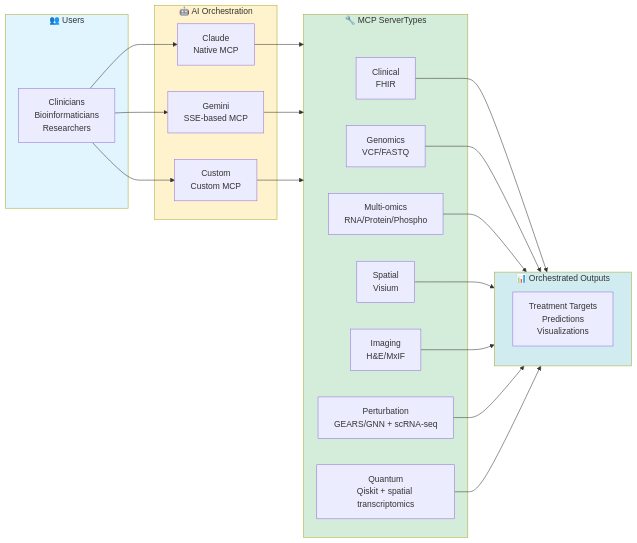
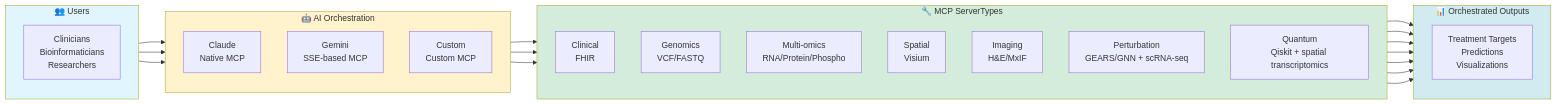
The diagram in README.md (raymond301/precision-medicine-mcp), drawn with Mermaid before and after one commit. The commit also changed other lines of this file, not shown here.

First line of the commit message:
Enhance mermaid diagram in README

````diff
--- a/README.md
+++ b/README.md
@@ -38,45 +38,49 @@
 ```mermaid
 graph LR
     subgraph Users["👥 Users"]
+        direction TB
         U[Clinicians<br/>Bioinformaticians<br/>Researchers]
     end
 
     subgraph AI["🤖 AI Orchestration"]
+        direction TB
         CLAUDE[Claude<br/>Native MCP]
         GEMINI[Gemini<br/>SSE-based MCP]
         CUSTOM[Custom<br/>Custom MCP]
     end
 
     subgraph ServerTypes["🔧 MCP ServerTypes"]
+        direction TB
         S1[Clinical<br/>FHIR]
         S2[Genomics<br/>VCF/FASTQ]
         S3[Multi-omics<br/>RNA/Protein/Phospho]
         S4[Spatial<br/>Visium]
         S5[Imaging<br/> H&E/MxIF]
         S6[Perturbation<br/>GEARS/GNN + scRNA-seq]
         S7[Quantum<br/>Qiskit + spatial transcriptomics]
     end
 
     subgraph Output["📊 Orchestrated Outputs"]
+        direction TB
         O[Treatment Targets<br/>Predictions<br/>Visualizations]
     end
 
     U --> CLAUDE
     U --> GEMINI
     U --> CUSTOM
     CLAUDE --> ServerTypes
     GEMINI --> ServerTypes
     CUSTOM --> ServerTypes
     S1 --> Output
     S2 --> Output
     S3 --> Output
     S4 --> Output
     S5 --> Output
     S6 --> Output
     S7 --> Output
 
     style Users fill:#e1f5ff
     style AI fill:#fff3cd
     style ServerTypes fill:#d4edda
     style Output fill:#d1ecf1
 ```
````
